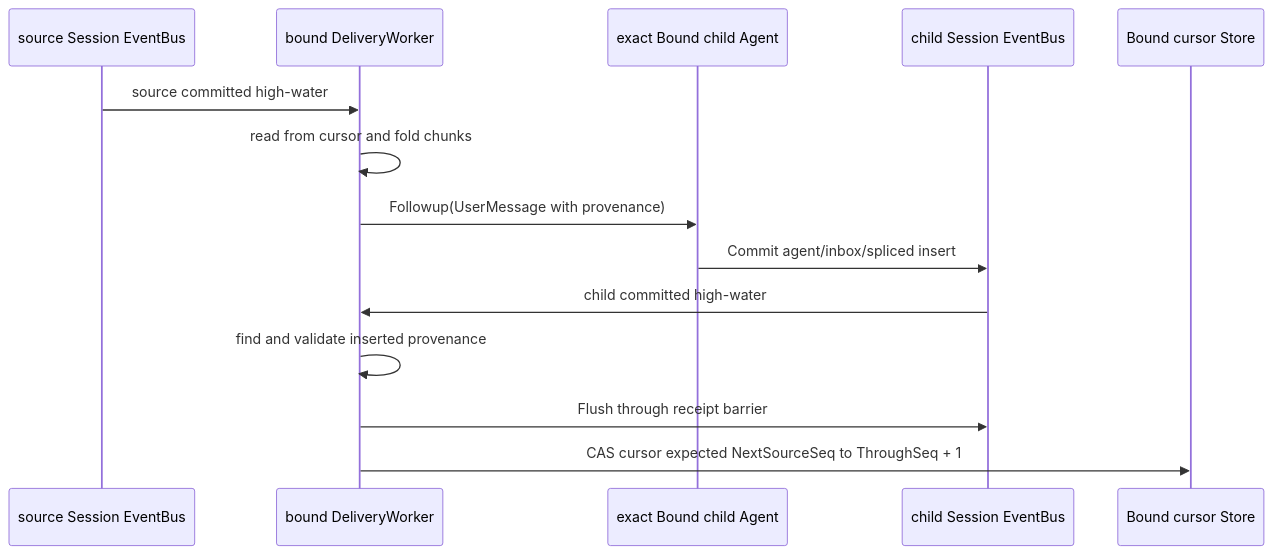
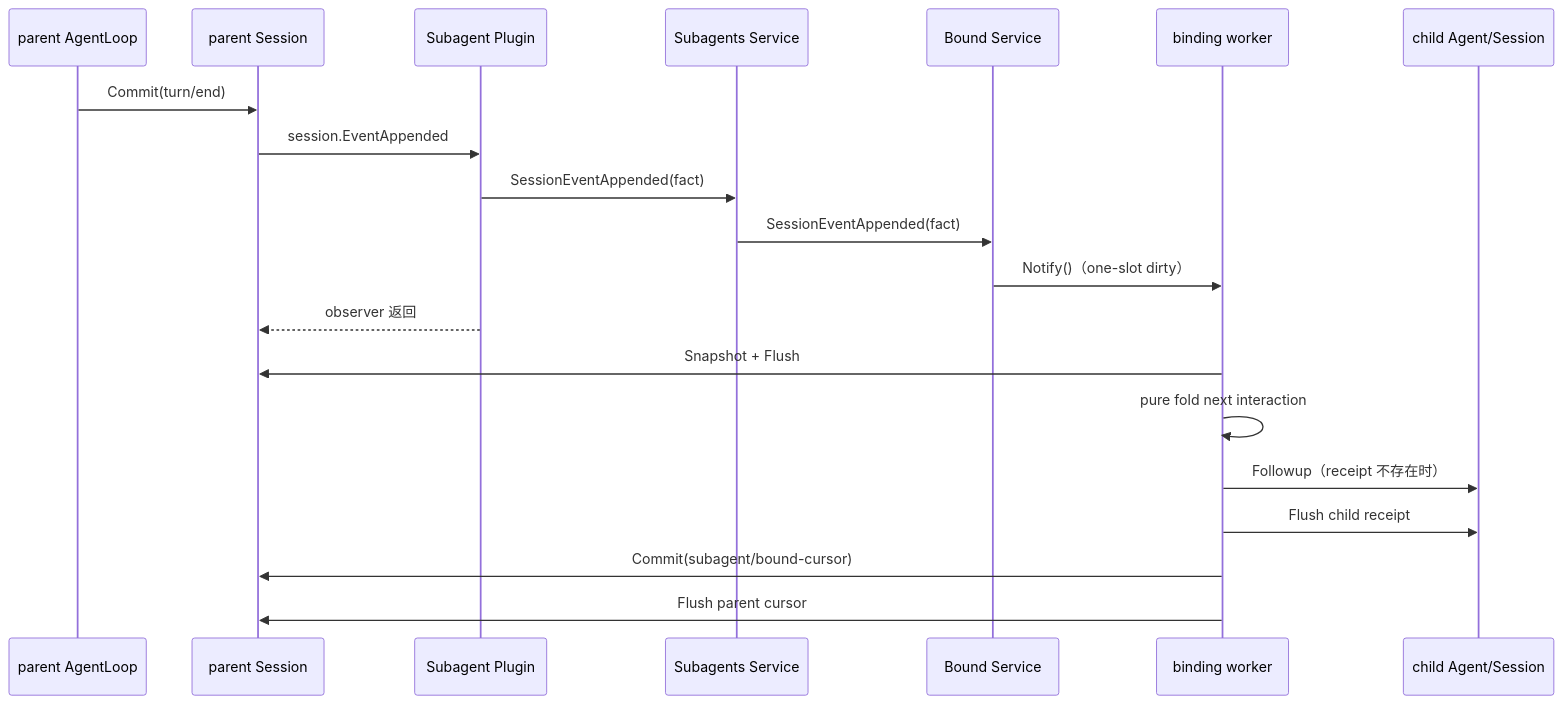
The diagram in subagent/docs/session-event-delivery.zh-CN.md (gorenx/goren), drawn with Mermaid before and after one commit. The commit also changed other lines of this file and 9 other files, not shown here.

Commit message:
docs(subagent): document bound interaction delivery

````diff
--- a/subagent/docs/session-event-delivery.zh-CN.md
+++ b/subagent/docs/session-event-delivery.zh-CN.md
@@ -195,17 +34,23 @@
 ```mermaid
 sequenceDiagram
-    participant S as source Session EventBus
-    participant B as bound DeliveryWorker
-    participant A as exact Bound child Agent
-    participant C as child Session EventBus
-    participant R as Bound cursor Store
+    participant L as parent AgentLoop
+    participant S as parent Session
+    participant P as Subagent Plugin
+    participant F as Subagents Service
+    participant B as Bound Service
+    participant W as binding worker
+    participant C as child Agent/Session
 
-    S->>B: source committed high-water
-    B->>B: read from cursor and fold chunks
-    B->>A: Followup(UserMessage with provenance)
-    A->>C: Commit agent/inbox/spliced insert
-    C->>B: child committed high-water
-    B->>B: find and validate inserted provenance
-    B->>C: Flush through receipt barrier
-    B->>R: CAS cursor expected NextSourceSeq to ThroughSeq + 1
+    L->>S: Commit(turn/end)
+    S->>P: session.EventAppended
+    P->>F: SessionEventAppended(fact)
+    F->>B: SessionEventAppended(fact)
+    B->>W: Notify()（one-slot dirty）
+    P-->>S: observer 返回
+    W->>S: Snapshot + Flush
+    W->>W: pure fold next interaction
+    W->>C: Followup（receipt 不存在时）
+    W->>C: Flush child receipt
+    W->>S: Commit(subagent/bound-cursor)
+    W->>S: Flush parent cursor
 ```
````
